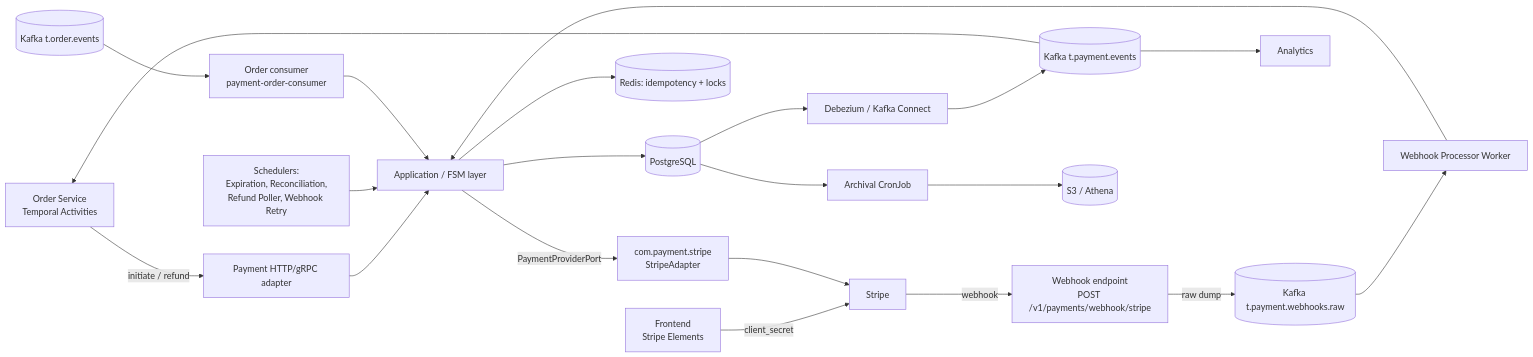
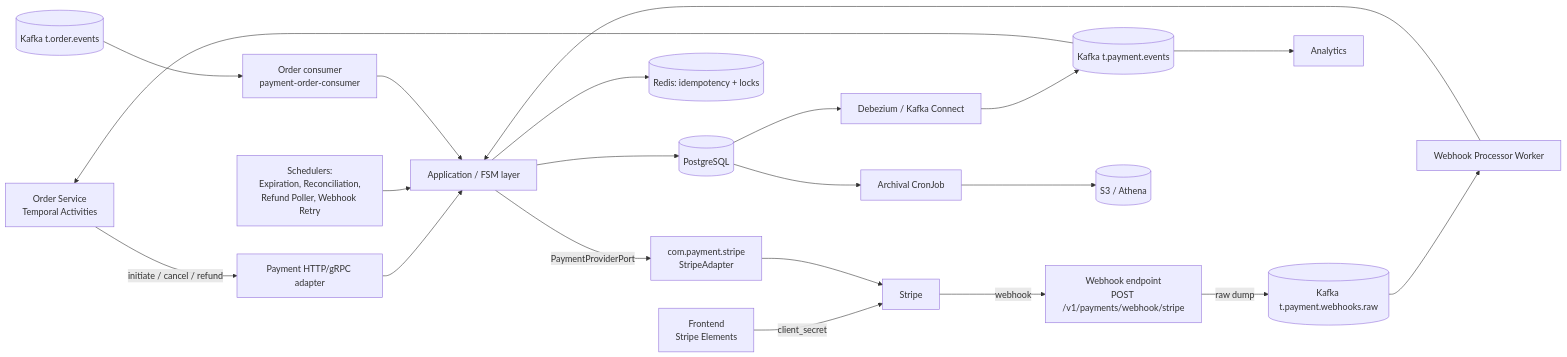
The diagram in docs/payment/architecture.md (quangdung2110/e-commerce-microservices), drawn with Mermaid before and after one commit. The commit also changed other lines of this file and 9 other files, not shown here.

````diff
--- a/docs/payment/architecture.md
+++ b/docs/payment/architecture.md
@@ -31,22 +31,22 @@
 ```mermaid
 flowchart LR
-  O[Order Service<br/>Temporal Activities] -->|initiate / refund| API[Payment HTTP/gRPC adapter]
+  O[Order Service<br/>Temporal Activities] -->|initiate / cancel / refund| API[Payment HTTP/gRPC adapter]
   FE[Frontend<br/>Stripe Elements] -->|client_secret| ST[Stripe]
   ST -->|webhook| WH[Webhook endpoint<br/>POST /v1/payments/webhook/stripe]
   WH -->|raw dump| KR[(Kafka t.payment.webhooks.raw)]
   KR --> WP[Webhook Processor Worker]
   API --> APP[Application / FSM layer]
   WP --> APP
   SCH[Schedulers:<br/>Expiration, Reconciliation,<br/>Refund Poller, Webhook Retry] --> APP
   APP --> PG[(PostgreSQL)]
   APP --> RD[(Redis: idempotency + locks)]
   APP -->|PaymentProviderPort| SA[com.payment.stripe<br/>StripeAdapter]
   SA --> ST
   PG --> DBZ[Debezium / Kafka Connect]
   DBZ --> KP[(Kafka t.payment.events)]
   KP --> O
   KP --> AN[Analytics]
   KO[(Kafka t.order.events)] --> OC[Order consumer<br/>payment-order-consumer]
   OC --> APP
   PG --> AR[Archival CronJob] --> S3[(S3 / Athena)]
 ```
````
